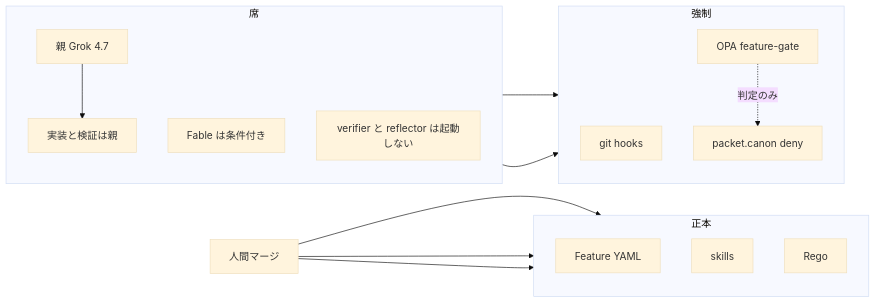
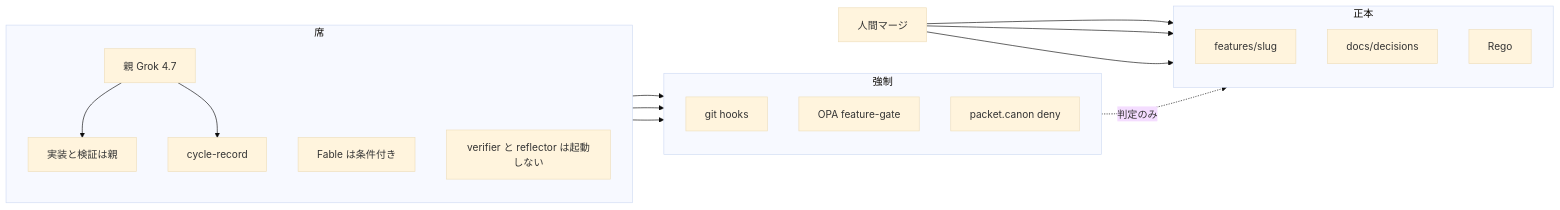
One commit to marumo333/marumo333-cursor-harness changed the third of 4 diagrams in README.md. Above: the diagram before and after it, drawn with Mermaid (base theme). The commit also changed other lines of this file and 138 other files, not shown here.

````diff
--- a/README.md
+++ b/README.md
@@ -141,32 +137,35 @@
 ```mermaid
 flowchart LR
   subgraph seats["席"]
     direction TB
     G["親 Grok 4.7"]
     IMP["実装と検証は親"]
+    Rec["cycle-record"]
     BA["Fable は条件付き"]
     OFF["verifier と reflector は起動しない"]
   end
 
   subgraph force["強制"]
     direction TB
     Hook["git hooks"]
     Gate["OPA feature-gate"]
     Packet["packet.canon deny"]
   end
 
   subgraph canon["正本"]
     direction TB
-    Feat["Feature YAML"]
-    Skill["skills"]
+    Beh["features/slug"]
+    Docs["docs/decisions"]
     Policy["Rego"]
   end
 
   G --> IMP
   IMP --> Hook
   IMP --> Gate
-  Gate -.->|"判定のみ"| Packet
-  HM["人間マージ"] --> Feat
-  HM --> Skill
+  Gate -.->|"判定のみ"| Policy
+  G --> Rec
+  Rec --> Packet["packet.canon deny"]
+  HM["人間マージ"] --> Beh
+  HM --> Docs
   HM --> Policy
 ```
````
